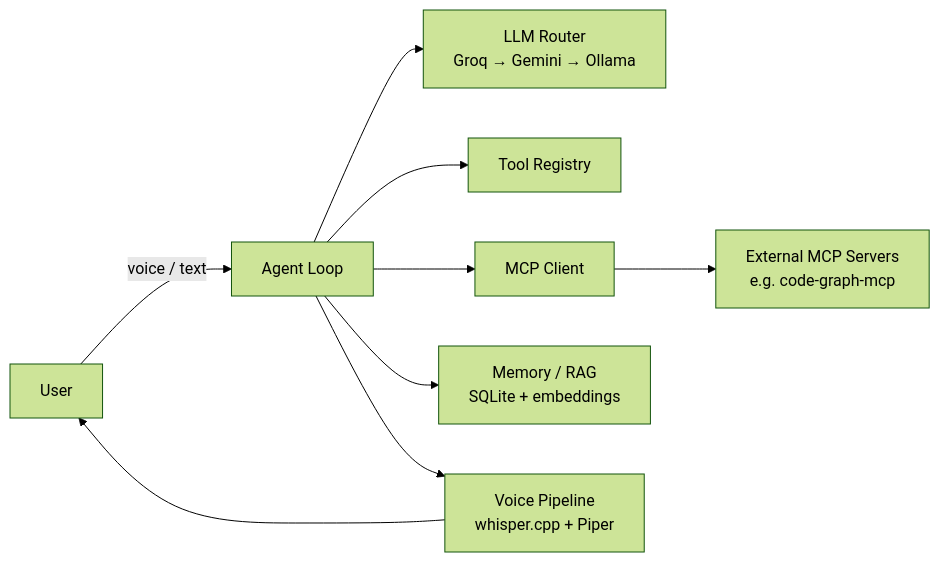
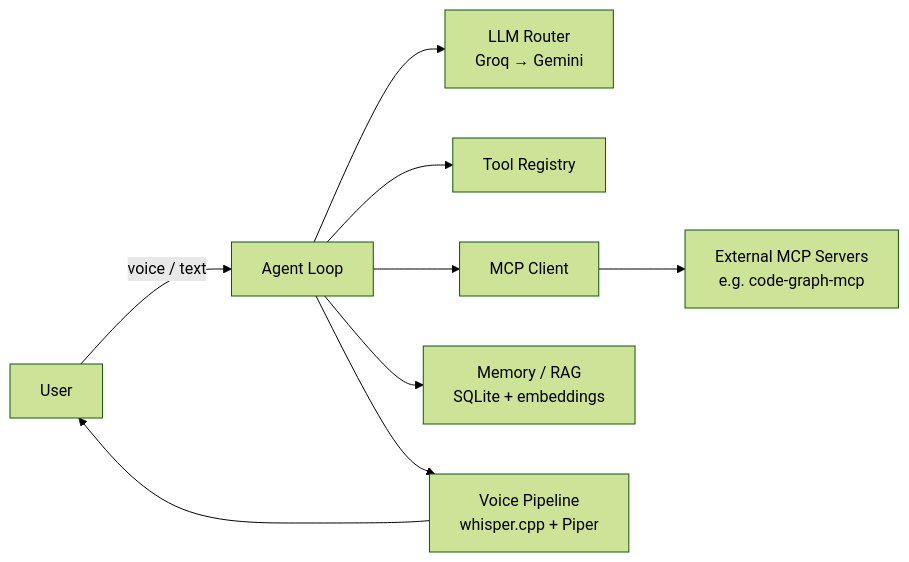
The diagram in README.md (dorkian/Sorena), drawn with Mermaid (forest theme) before and after one commit. The commit also changed other lines of this file and 11 other files, not shown here.

First line of the commit message:
Phase 1: LLM router with fallback (Groq -> Gemini)

````diff
--- a/README.md
+++ b/README.md
@@ -12,11 +12,11 @@
 ```mermaid
 flowchart LR
     User -->|voice / text| Agent[Agent Loop]
-    Agent --> Router[LLM Router\nGroq → Gemini → Ollama]
+    Agent --> Router[LLM Router\nGroq → Gemini]
     Agent --> Tools[Tool Registry]
     Agent --> MCP[MCP Client]
     Agent --> Memory[Memory / RAG\nSQLite + embeddings]
     MCP --> Servers[External MCP Servers\ne.g. code-graph-mcp]
     Agent --> Voice[Voice Pipeline\nwhisper.cpp + Piper]
     Voice --> User
 ```
````
